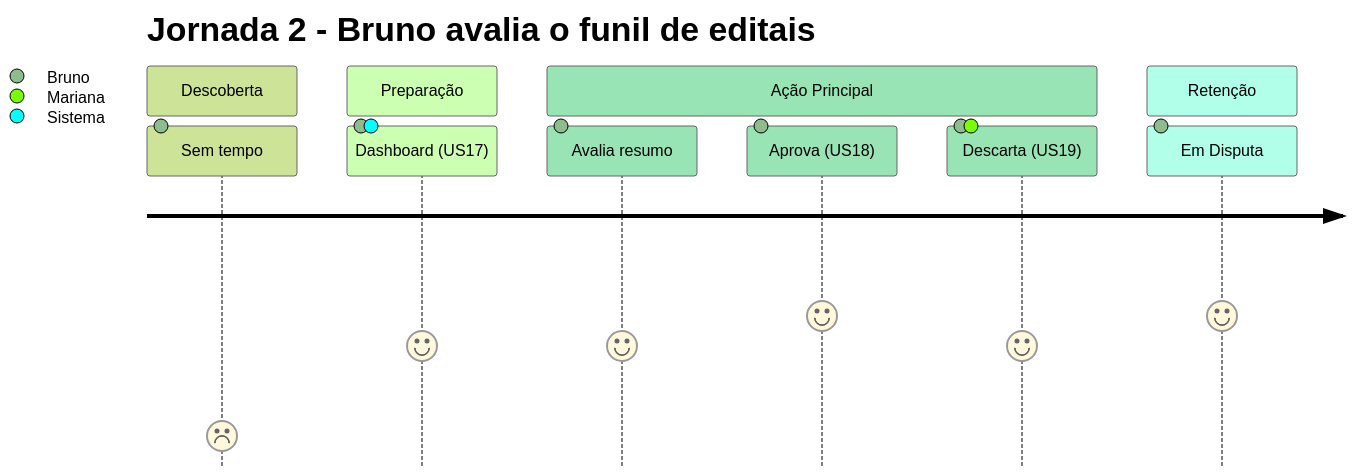
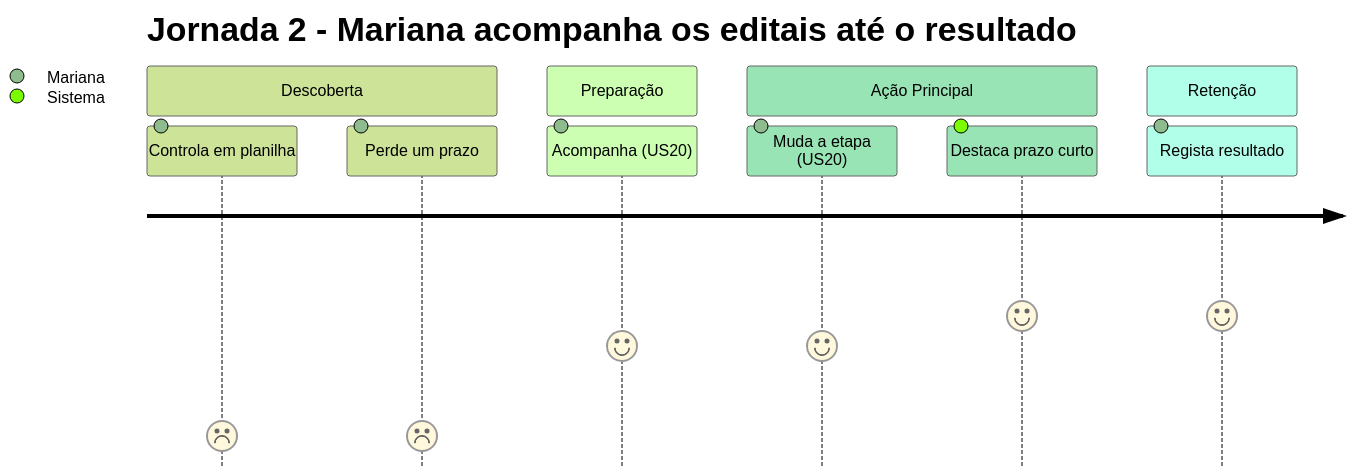
The second of 5 diagrams in docs/requirements/produto/jornadas.md (LicitaRad4r/documentation), drawn with Mermaid (forest theme) before and after one commit. The commit also changed other lines of this file and 1 other file, not shown here.

````diff
--- a/docs/requirements/produto/jornadas.md
+++ b/docs/requirements/produto/jornadas.md
@@ -57,14 +74,14 @@
 ```mermaid
 journey
-    title Jornada 2 - Bruno avalia o funil de editais
+    title Jornada 2 - Mariana acompanha os editais até o resultado
     section Descoberta
-      Sem tempo: 1: Bruno
+      Controla em planilha: 1: Mariana
+      Perde um prazo: 1: Mariana
     section Preparação
-      Dashboard (US17): 4: Bruno, Sistema
+      Acompanha (US20): 4: Mariana
     section Ação Principal
-      Avalia resumo: 4: Bruno
-      Aprova (US18): 5: Bruno
-      Descarta (US19): 4: Bruno, Mariana
+      Muda a etapa (US20): 4: Mariana
+      Destaca prazo curto: 5: Sistema
     section Retenção
-      Em Disputa: 5: Bruno
+      Regista resultado: 5: Mariana
 ```
````
